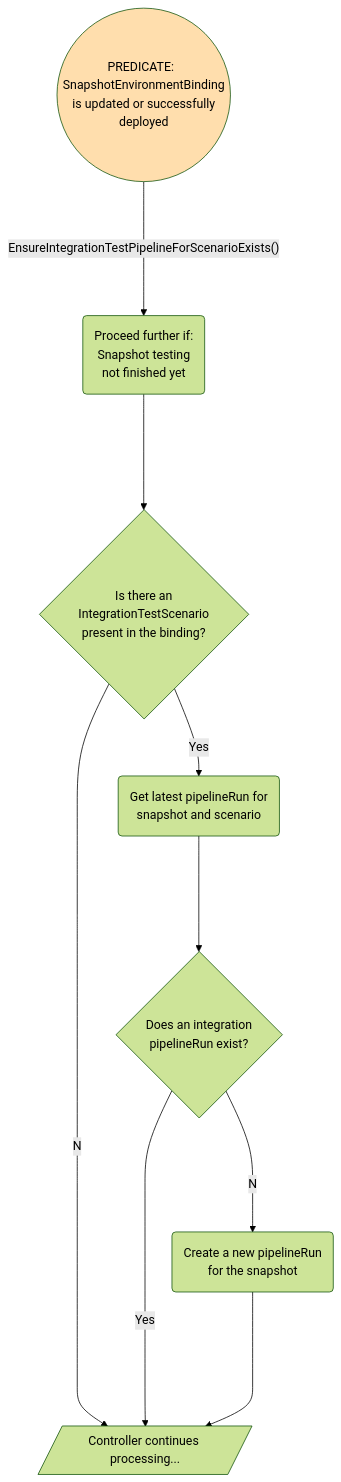
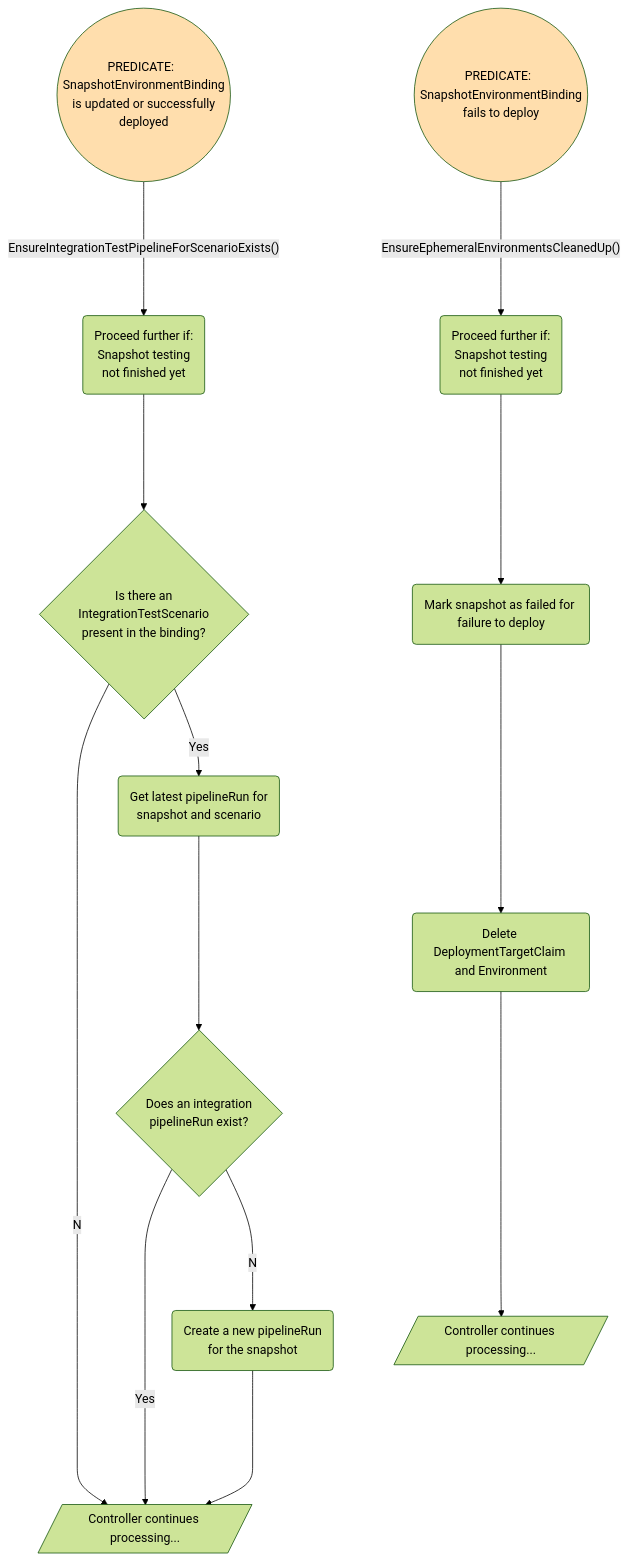
Before and after one commit to konflux-ci/integration-service: the diagram in docs/binding-controller.md, drawn with Mermaid.

Commit message:
docs: update SEB controller diagram with deployment failed predicate
Update mermaid flowchart for snapshotEnvironmentBinding controller to
include EnsureEphemeralEnvironmentsCleadUp function.

````diff
--- a/docs/binding-controller.md
+++ b/docs/binding-controller.md
@@ -1,34 +1,50 @@
 ```mermaid
 %%{init: {'theme':'forest'}}%%
 flowchart TD
   %% Defining the styles
     classDef Red fill:#FF9999;
     classDef Amber fill:#FFDEAD;
     classDef Green fill:#BDFFA4;
 
-  predicate((PREDICATE:  <br>SnapshotEnvironmentBinding<br>is updated or successfully<br>deployed))
+predicate_deploy_success((PREDICATE:  <br>SnapshotEnvironmentBinding<br>is updated or successfully<br>deployed))
 
 %%%%%%%%%%%%%%%%%%%%%%% Drawing EnsureIntegrationTestPipelineForScenarioExists() function
 
 %% Node definitions
 ensure1(Proceed further if:<br>Snapshot testing <br> not finished yet)
 isThereAnITS{"Is there an<br>IntegrationTestScenario<br>present in the binding?"}
 continueProcessing1[/Controller continues processing.../]
 getLatestPipelineRun("Get latest pipelineRun for<br>snapshot and scenario")
 isPipelineRunExisting{"Does an integration<br>pipelineRun exist?"}
 createNewPipelineRun("Create a new pipelineRun<br>for the snapshot")
 
+%% Node connections
+predicate_deploy_success   ---->       |"EnsureIntegrationTestPipelineForScenarioExists()"|ensure1
+ensure1                    ---->       isThereAnITS
+isThereAnITS               --No-->     continueProcessing1
+isThereAnITS               --Yes-->    getLatestPipelineRun
+getLatestPipelineRun       ---->       isPipelineRunExisting
+isPipelineRunExisting      --Yes-->    continueProcessing1
+isPipelineRunExisting      --No-->     createNewPipelineRun
+createNewPipelineRun       ---->       continueProcessing1
+
+predicate_deploy_fail((PREDICATE:  <br>SnapshotEnvironmentBinding<br>fails to deploy))
+
+%%%%%%%%%%%%%%%%%%%%%%% Drawing EnsureEphemeralEnvironmentsCleanedUp() function
+
+%% Node definitions
+ensure2(Proceed further if:<br>Snapshot testing <br> not finished yet)
+markSnapshot("Mark snapshot as failed for failure to deploy")
+cleanupDeploymentArtifacts("Delete DeploymentTargetClaim and Environment")
+continueProcessing2[/Controller continues processing.../]
 
 %% Node connections
-predicate               ----> |"EnsureIntegrationTestPipelineForScenarioExists()"|ensure1
-ensure1                 ---->       isThereAnITS
-isThereAnITS            --No-->     continueProcessing1
-isThereAnITS            --Yes-->    getLatestPipelineRun
-getLatestPipelineRun    ---->       isPipelineRunExisting
-isPipelineRunExisting   --Yes-->    continueProcessing1
-isPipelineRunExisting   --No-->     createNewPipelineRun
-createNewPipelineRun    ---->       continueProcessing1
+predicate_deploy_fail        ---->       |"EnsureEphemeralEnvironmentsCleanedUp()"|ensure2
+ensure2                      ---->       markSnapshot
+markSnapshot                 ---->       cleanupDeploymentArtifacts
+cleanupDeploymentArtifacts   ---->       continueProcessing2
 
 %% Assigning styles to nodes
-class predicate Amber;
+class predicate_deploy_success Amber;
+class predicate_deploy_fail Amber;
 ```
````
